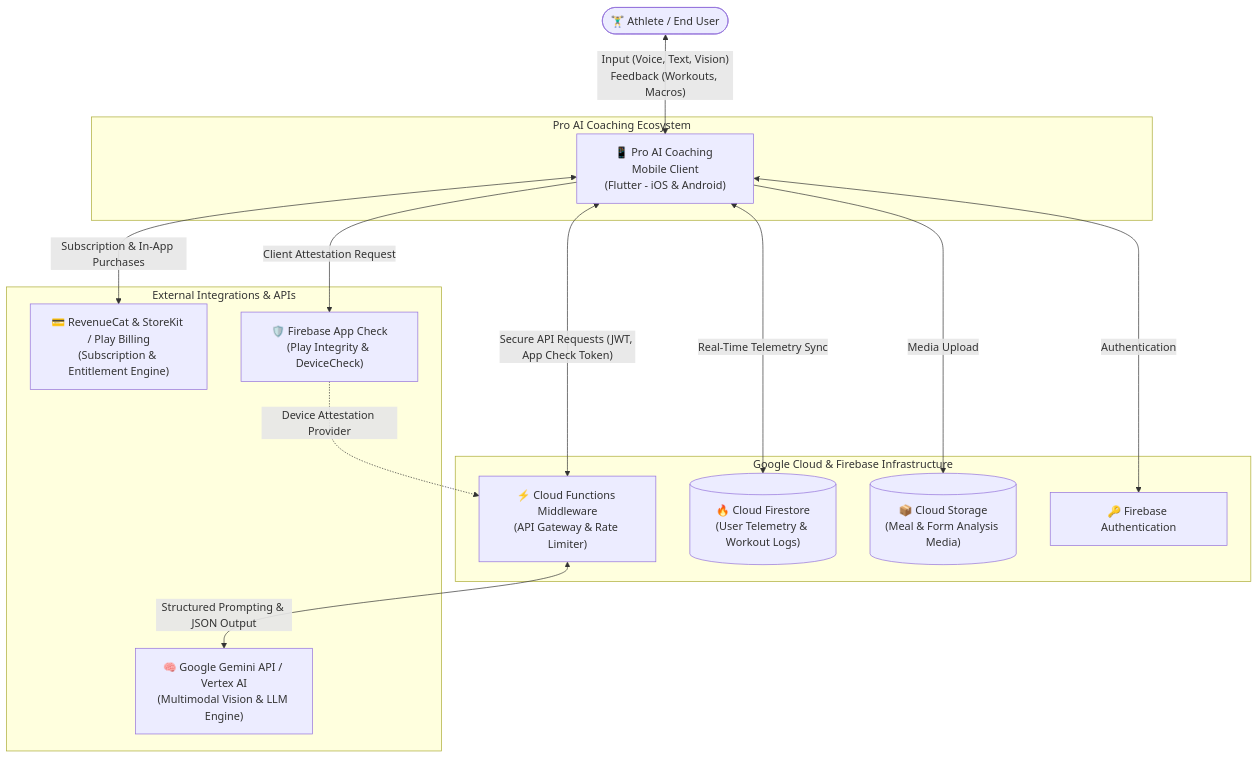
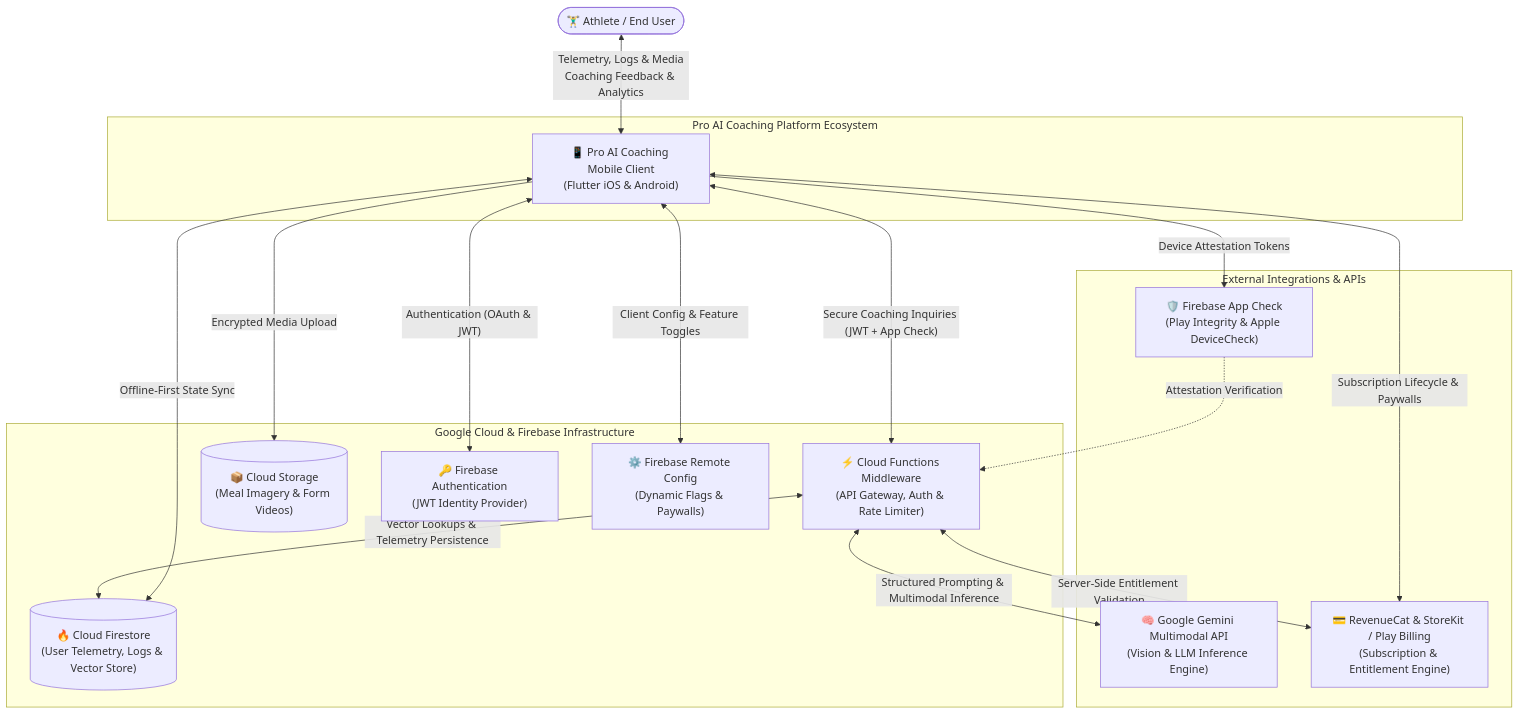
One commit to JackBros/pro-ai-coaching-architecture changed the first of 7 diagrams in README.md. Above: the diagram before and after it, drawn with Mermaid. The commit also changed other lines of this file, not shown here.

First line of the commit message:
Revise README for Enterprise System Architecture

````diff
--- a/README.md
+++ b/README.md
@@ -19,33 +17,38 @@
 ```mermaid
 flowchart TB
     User(["🏋️‍♂️ Athlete / End User"])
 
-    subgraph SystemBoundary ["Pro AI Coaching Ecosystem"]
-        App["📱 Pro AI Coaching Mobile Client<br/>(Flutter - iOS & Android)"]
+    subgraph SystemBoundary ["Pro AI Coaching Platform Ecosystem"]
+        App["📱 Pro AI Coaching Mobile Client<br/>(Flutter iOS & Android)"]
     end
 
     subgraph CloudInfra ["Google Cloud & Firebase Infrastructure"]
-        BackendProxy["⚡ Cloud Functions Middleware<br/>(API Gateway & Rate Limiter)"]
-        DB[("🔥 Cloud Firestore<br/>(User Telemetry & Workout Logs)")]
-        Storage[("📦 Cloud Storage<br/>(Meal & Form Analysis Media)")]
-        Auth["🔑 Firebase Authentication"]
+        BackendProxy["⚡ Cloud Functions Middleware<br/>(API Gateway, Auth & Rate Limiter)"]
+        DB[("🔥 Cloud Firestore<br/>(User Telemetry, Logs & Vector Store)")]
+        Storage[("📦 Cloud Storage<br/>(Meal Imagery & Form Videos)")]
+        Auth["🔑 Firebase Authentication<br/>(JWT Identity Provider)"]
+        RemoteConfig["⚙️ Firebase Remote Config<br/>(Dynamic Flags & Paywalls)"]
     end
 
     subgraph ExternalServices ["External Integrations & APIs"]
-        Gemini["🧠 Google Gemini API / Vertex AI<br/>(Multimodal Vision & LLM Engine)"]
+        Gemini["🧠 Google Gemini Multimodal API<br/>(Vision & LLM Inference Engine)"]
         RC["💳 RevenueCat & StoreKit / Play Billing<br/>(Subscription & Entitlement Engine)"]
-        Security["🛡️ Firebase App Check<br/>(Play Integrity & DeviceCheck)"]
+        Security["🛡️ Firebase App Check<br/>(Play Integrity & Apple DeviceCheck)"]
     end
 
-    User <-->|"Input (Voice, Text, Vision)<br/>Feedback (Workouts, Macros)"| App
+    User <-->|"Telemetry, Logs & Media<br/>Coaching Feedback & Analytics"| App
 
-    App <-->|"Authentication"| Auth
-    App <-->|"Real-Time Telemetry Sync"| DB
-    App -->|"Media Upload"| Storage
-    App <-->|"Secure API Requests (JWT, App Check Token)"| BackendProxy
-    App <-->|"Subscription & In-App Purchases"| RC
-    App -->|"Client Attestation Request"| Security
+    App <-->|"Authentication (OAuth & JWT)"| Auth
+    App <-->|"Client Config & Feature Toggles"| RemoteConfig
+    App <-->|"Offline-First State Sync"| DB
+    App -->|"Encrypted Media Upload"| Storage
+    App <-->|"Subscription Lifecycle & Paywalls"| RC
+    App -->|"Device Attestation Tokens"| Security
+    App <-->|"Secure Coaching Inquiries (JWT + App Check)"| BackendProxy
 
-    BackendProxy <-->|"Structured Prompting & JSON Output"| Gemini
-    Security -.->|"Device Attestation Provider"| BackendProxy
+    BackendProxy <-->|"Vector Lookups & Telemetry Persistence"| DB
+    BackendProxy <-->|"Structured Prompting & Multimodal Inference"| Gemini
+    BackendProxy <-->|"Server-Side Entitlement Validation"| RC
+    Security -.->|"Attestation Verification"| BackendProxy
+
 ```
````
